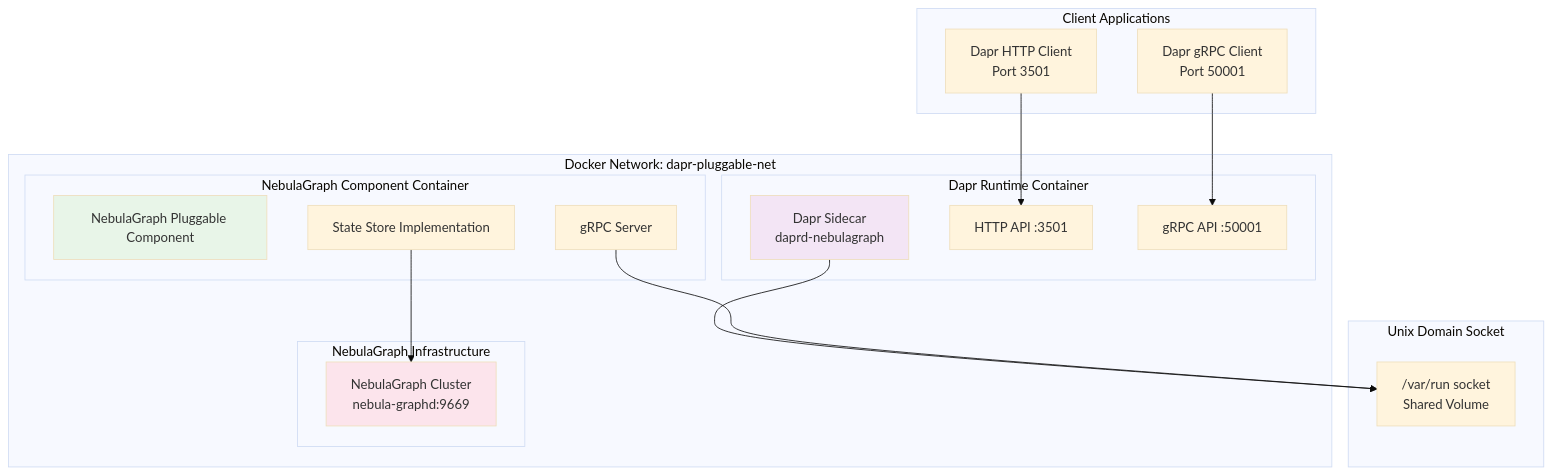
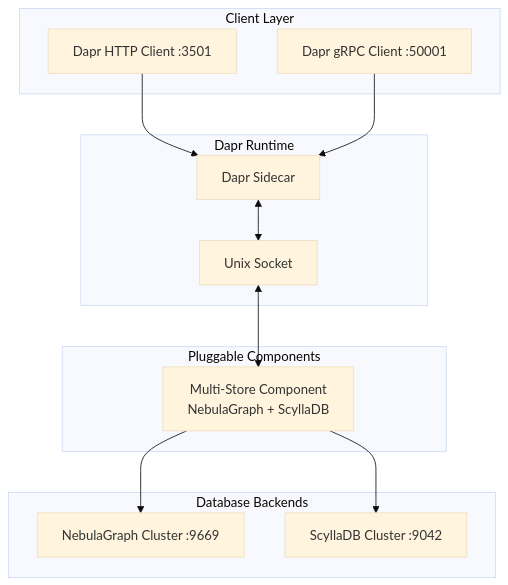
The first of 2 diagrams in docs/architecture.md (Sen-Gupta/nebulagraph), drawn with Mermaid (base theme) before and after one commit. The commit also changed other lines of this file and 1 other file, not shown here.

````diff
--- a/docs/architecture.md
+++ b/docs/architecture.md
@@ -13,39 +7,28 @@
 ```mermaid
 graph TB
-    subgraph "Client Applications"
-        A[Dapr HTTP Client<br/>Port 3501]
-        B[Dapr gRPC Client<br/>Port 50001]
+    subgraph "Client Layer"
+        A[Dapr HTTP Client :3501]
+        B[Dapr gRPC Client :50001]
     end
     
-    subgraph "Docker Network: dapr-pluggable-net"
-        subgraph "Dapr Runtime Container"
-            C[Dapr Sidecar<br/>daprd-nebulagraph]
-            C1[HTTP API :3501]
-            C2[gRPC API :50001]
-        end
-        
-        subgraph "NebulaGraph Component Container"
-            D[NebulaGraph Pluggable Component]
-            D1[gRPC Server]
-            D2[State Store Implementation]
-        end
-        
-        subgraph "NebulaGraph Infrastructure"
-            F[NebulaGraph Cluster<br/>nebula-graphd:9669]
-        end
+    subgraph "Dapr Runtime"
+        C[Dapr Sidecar]
+        D[Unix Socket]
     end
     
-    subgraph "Unix Domain Socket"
-        G["/var/run socket<br/>Shared Volume"]
+    subgraph "Pluggable Components"
+        E[Multi-Store Component<br/>NebulaGraph + ScyllaDB]
     end
     
-    A --> C1
-    B --> C2
-    C --> G
-    D1 --> G
-    D2 --> F
+    subgraph "Database Backends"
+        F[NebulaGraph Cluster :9669]
+        G[ScyllaDB Cluster :9042]
+    end
     
-    style C fill:#f3e5f5
-    style D fill:#e8f5e8
-    style F fill:#fce4ec
+    A --> C
+    B --> C
+    C <--> D
+    D <--> E
+    E --> F
+    E --> G
 ```
````
